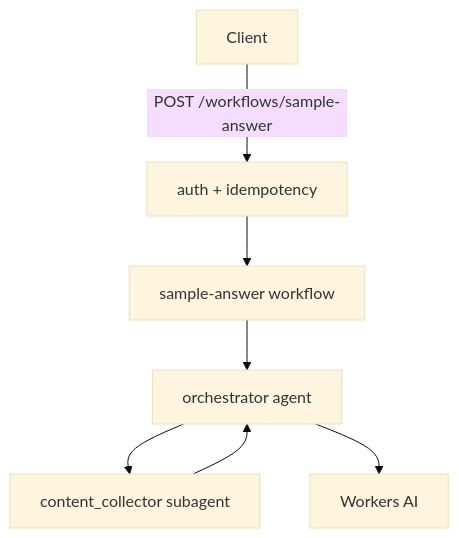
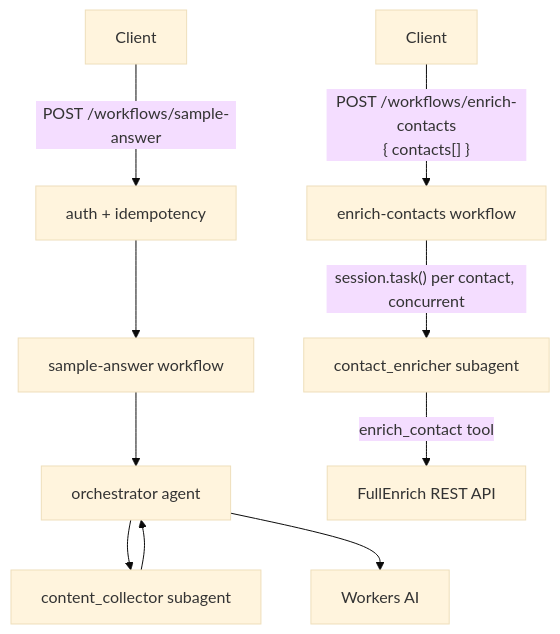
The diagram in apps/worker-agent/README.md (louisbrulenaudet/agentic-gtm-hackathon-monorepo), drawn with Mermaid (base theme) before and after one commit. The commit also changed other lines of this file and 36 other files, not shown here.

````diff
--- a/apps/worker-agent/README.md
+++ b/apps/worker-agent/README.md
@@ -11,9 +11,13 @@
 ```mermaid
 flowchart TD
   Client[Client] -->|"POST /workflows/sample-answer"| Guard[auth + idempotency]
   Guard --> Wf[sample-answer workflow]
   Wf --> Orch[orchestrator agent]
   Orch --> Collector[content_collector subagent]
   Collector --> Orch
   Orch --> AI[Workers AI]
+
+  Client2[Client] -->|"POST /workflows/enrich-contacts<br/>{ contacts[] }"| WfE[enrich-contacts workflow]
+  WfE -->|"session.task() per contact, concurrent"| Enricher[contact_enricher subagent]
+  Enricher -->|enrich_contact tool| FE[FullEnrich REST API]
 ```
````
